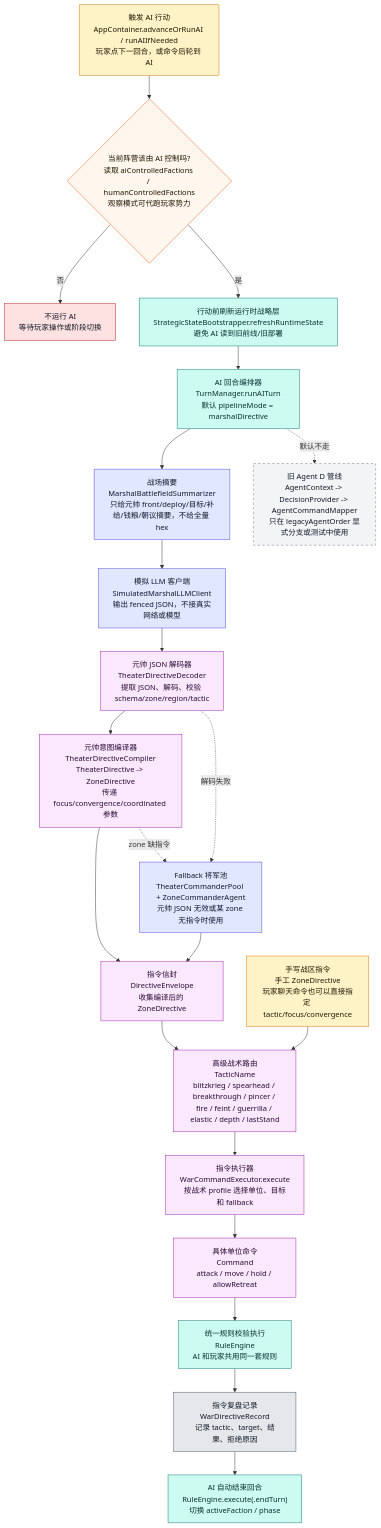
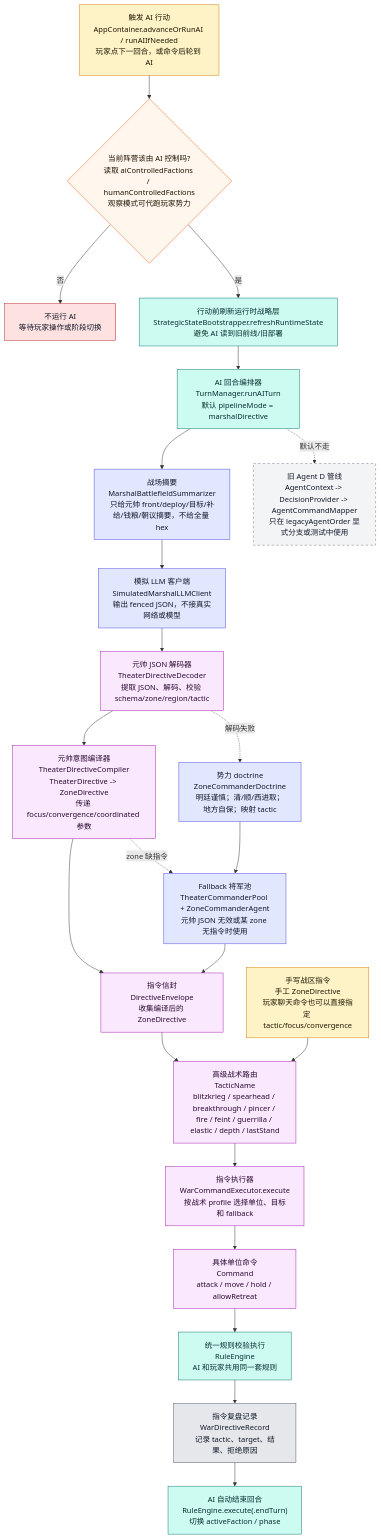
One commit to Altman-sam114/123 changed the fifth of 9 diagrams in md/flow/flowchart.md. Above: the diagram before and after it, drawn with Mermaid. The commit also changed other lines of this file and 9 other files, not shown here.

````diff
--- a/md/flow/flowchart.md
+++ b/md/flow/flowchart.md
@@ -338,43 +338,44 @@
 ```mermaid
 flowchart TD
     START["触发 AI 行动<br/>AppContainer.advanceOrRunAI / runAIIfNeeded<br/>玩家点下一回合，或命令后轮到 AI"]:::input
     CHECK{"当前阵营该由 AI 控制吗?<br/>读取 aiControlledFactions / humanControlledFactions<br/>观察模式可代跑玩家势力"}:::decision
     STOP["不运行 AI<br/>等待玩家操作或阶段切换"]:::stop
     REFRESH["行动前刷新运行时战略层<br/>StrategicStateBootstrapper.refreshRuntimeState<br/>避免 AI 读到旧前线/旧部署"]:::rules
     TM["AI 回合编排器<br/>TurnManager.runAITurn<br/>默认 pipelineMode = marshalDirective"]:::rules
     SUM["战场摘要<br/>MarshalBattlefieldSummarizer<br/>只给元帅 front/deploy/目标/补给/钱粮/朝议摘要，不给全量 hex"]:::ai
     LLM["模拟 LLM 客户端<br/>SimulatedMarshalLLMClient<br/>输出 fenced JSON，不接真实网络或模型"]:::ai
     DEC["元帅 JSON 解码器<br/>TheaterDirectiveDecoder<br/>提取 JSON、解码、校验 schema/zone/region/tactic"]:::command
     COMP["元帅意图编译器<br/>TheaterDirectiveCompiler<br/>TheaterDirective -> ZoneDirective<br/>传递 focus/convergence/coordinated 参数"]:::command
     ENV["指令信封<br/>DirectiveEnvelope<br/>收集编译后的 ZoneDirective"]:::command
     TACTIC["高级战术路由<br/>TacticName<br/>blitzkrieg / spearhead / breakthrough / pincer / fire / feint / guerrilla / elastic / depth / lastStand"]:::command
     WCE["指令执行器<br/>WarCommandExecutor.execute<br/>按战术 profile 选择单位、目标和 fallback"]:::command
     BOTTOM["具体单位命令<br/>Command<br/>attack / move / hold / allowRetreat"]:::command
     RE["统一规则校验执行<br/>RuleEngine<br/>AI 和玩家共用同一套规则"]:::rules
     RECORD["指令复盘记录<br/>WarDirectiveRecord<br/>记录 tactic、target、结果、拒绝原因"]:::ui
     END["AI 自动结束回合<br/>RuleEngine.execute(.endTurn)<br/>切换 activeFaction / phase"]:::rules
 
     START --> CHECK
     CHECK -->|否| STOP
     CHECK -->|是| REFRESH --> TM --> SUM --> LLM --> DEC --> COMP --> ENV
     ENV --> TACTIC --> WCE --> BOTTOM --> RE --> RECORD --> END
 
+    DOCTRINE["势力 doctrine<br/>ZoneCommanderDoctrine<br/>明廷谨慎；清/顺/西进取；地方自保；映射 tactic"]:::ai
     FALLBACK["Fallback 将军池<br/>TheaterCommanderPool + ZoneCommanderAgent<br/>元帅 JSON 无效或某 zone 无指令时使用"]:::ai
-    DEC -.解码失败.-> FALLBACK --> ENV
+    DEC -.解码失败.-> DOCTRINE --> FALLBACK --> ENV
     COMP -.zone 缺指令.-> FALLBACK
 
     LEGACY["旧 Agent D 管线<br/>AgentContext -> DecisionProvider -> AgentCommandMapper<br/>只在 legacyAgentOrder 显式分支或测试中使用"]:::legacy
     TM -.默认不走.-> LEGACY
 
     MANUAL["手写战区指令<br/>手工 ZoneDirective<br/>玩家聊天命令也可以直接指定 tactic/focus/convergence"]:::input
     MANUAL --> TACTIC
 
     classDef input fill:#fef3c7,stroke:#d97706,color:#1f1600
     classDef decision fill:#fff7ed,stroke:#ea580c,color:#1f1300
     classDef stop fill:#fee2e2,stroke:#b91c1c,color:#111827
     classDef rules fill:#ccfbf1,stroke:#0f766e,color:#042f2e
     classDef ai fill:#e0e7ff,stroke:#4f46e5,color:#111827
     classDef command fill:#fae8ff,stroke:#a21caf,color:#2a0a2f
     classDef ui fill:#e5e7eb,stroke:#4b5563,color:#111827
     classDef legacy fill:#f3f4f6,stroke:#6b7280,stroke-dasharray:5 5,color:#111827
 ```
````
